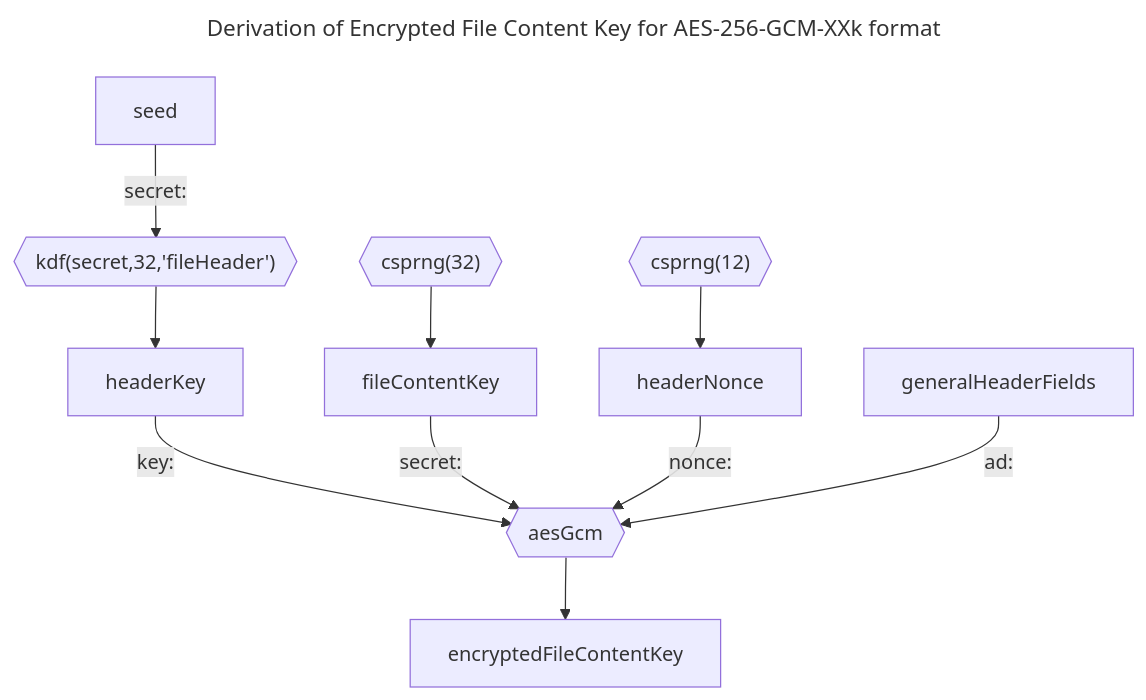
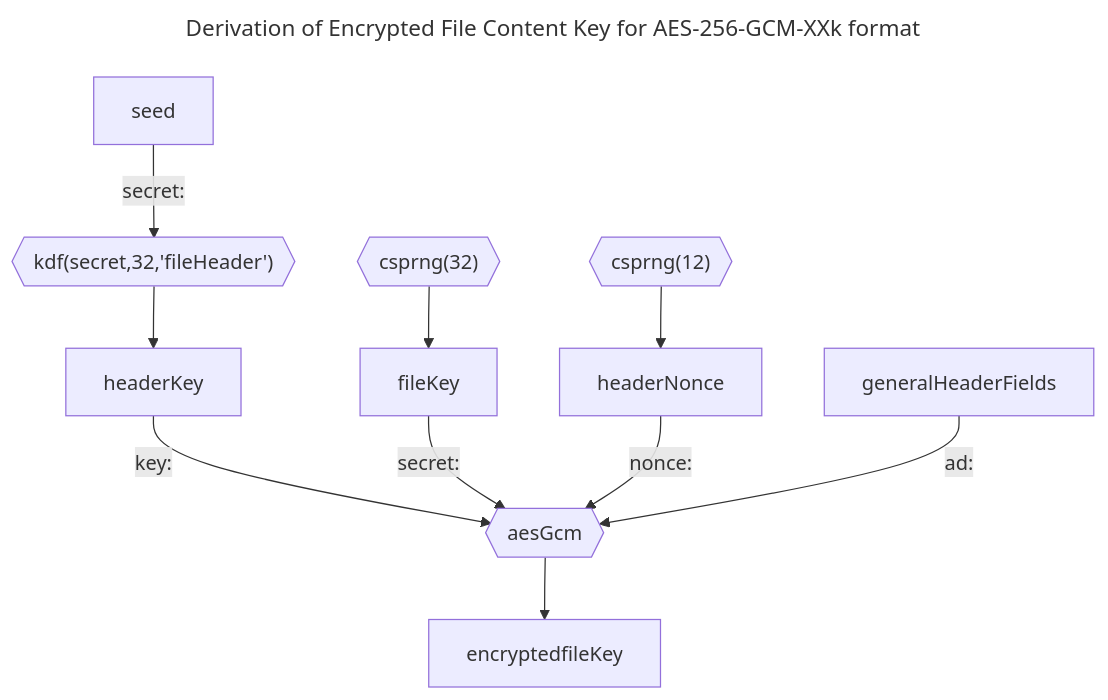
The first of 2 diagrams in file content encryption/AES-256-GCM.md (encryption-alliance/unified-vault-format), drawn with Mermaid before and after one commit. The commit also changed other lines of this file, not shown here.

Commit message:
Revert re-naming fileKey to fileContentKey for now.

````diff
--- a/file content encryption/AES-256-GCM.md
+++ b/file content encryption/AES-256-GCM.md
@@ -21,19 +21,19 @@
 ```mermaid
 ---
 title: Derivation of Encrypted File Content Key for AES-256-GCM-XXk format
 ---
 flowchart TD
     seed -->|secret:| kdf0
     kdf0{{"kdf(secret,32,'fileHeader')"}}
     kdf0 --> headerKey
     headerKey -->|key:| aesGcm
     aesGcm{{aesGcm}}
-    aesGcm --> encryptedFileContentKey
+    aesGcm --> encryptedfileKey
     csprng32{{"csprng(32)"}}
-    csprng32 --> fileContentKey
-    fileContentKey -->|secret:| aesGcm
+    csprng32 --> fileKey
+    fileKey -->|secret:| aesGcm
     csprng12{{"csprng(12)"}}
     csprng12 --> headerNonce
     headerNonce -->|nonce:| aesGcm
     generalHeaderFields -->|ad:| aesGcm
 ```
````
